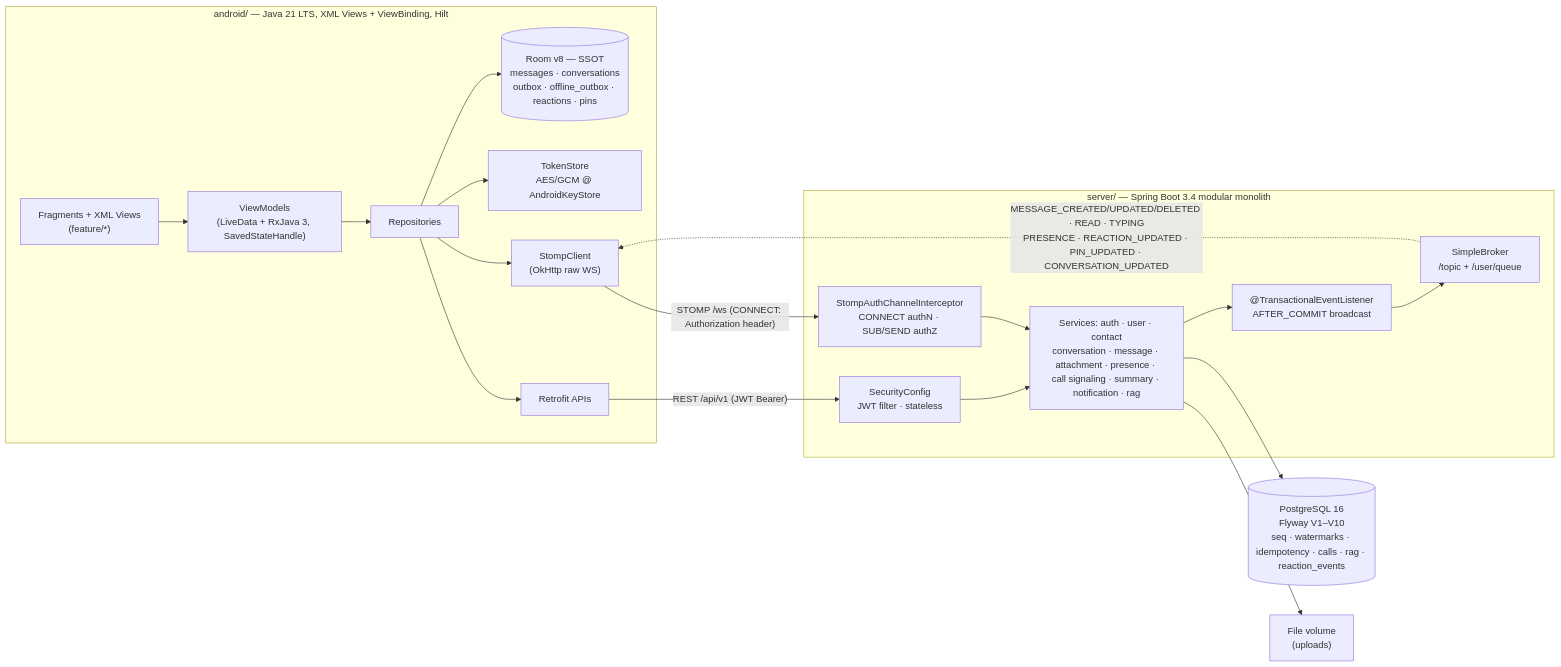
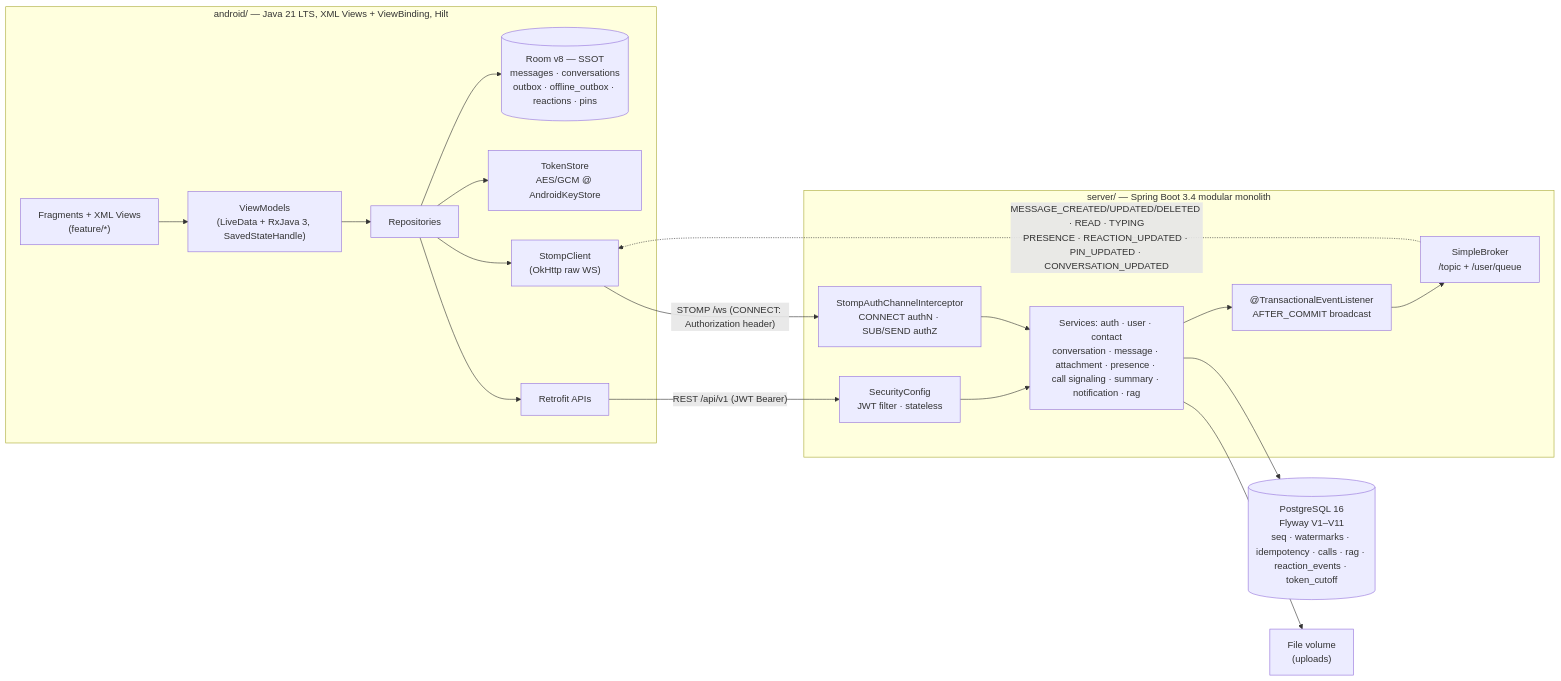
One commit to JasonTM17/Nexachat_AppJ changed the diagram in README.md. Above: the diagram before and after it, drawn with Mermaid. The commit also changed other lines of this file and 1 other file, not shown here.

````diff
--- a/README.md
+++ b/README.md
@@ -101,29 +101,29 @@
 ```mermaid
 flowchart LR
     subgraph Android["android/ — Java 21 LTS, XML Views + ViewBinding, Hilt"]
         UI["Fragments + XML Views<br/>(feature/*)"] --> VM["ViewModels<br/>(LiveData + RxJava 3, SavedStateHandle)"]
         VM --> REPO["Repositories"]
         REPO --> ROOM[("Room v8 — SSOT<br/>messages · conversations<br/>outbox · offline_outbox · reactions · pins")]
         REPO --> TS["TokenStore<br/>AES/GCM @ AndroidKeyStore"]
         REPO --> ST["StompClient<br/>(OkHttp raw WS)"]
         REPO --> RT["Retrofit APIs"]
     end
 
     subgraph Server["server/ — Spring Boot 3.4 modular monolith"]
         SEC["SecurityConfig<br/>JWT filter · stateless"]
         INT["StompAuthChannelInterceptor<br/>CONNECT authN · SUB/SEND authZ"]
         SVC["Services: auth · user · contact<br/>conversation · message · attachment · presence · call signaling · summary · notification · rag"]
         EVT["@TransactionalEventListener<br/>AFTER_COMMIT broadcast"]
         BR["SimpleBroker<br/>/topic + /user/queue"]
     end
 
-    DB[("PostgreSQL 16<br/>Flyway V1–V10<br/>seq · watermarks · idempotency · calls · rag · reaction_events")]
+    DB[("PostgreSQL 16<br/>Flyway V1–V11<br/>seq · watermarks · idempotency · calls · rag · reaction_events · token_cutoff")]
     FS["File volume<br/>(uploads)"]
 
     RT -- "REST /api/v1 (JWT Bearer)" --> SEC --> SVC
     ST -- "STOMP /ws (CONNECT: Authorization header)" --> INT --> SVC
     SVC --> DB
     SVC --> FS
     SVC --> EVT --> BR
     BR -. "MESSAGE_CREATED/UPDATED/DELETED · READ · TYPING<br/>PRESENCE · REACTION_UPDATED · PIN_UPDATED · CONVERSATION_UPDATED" .-> ST
 ```
````
